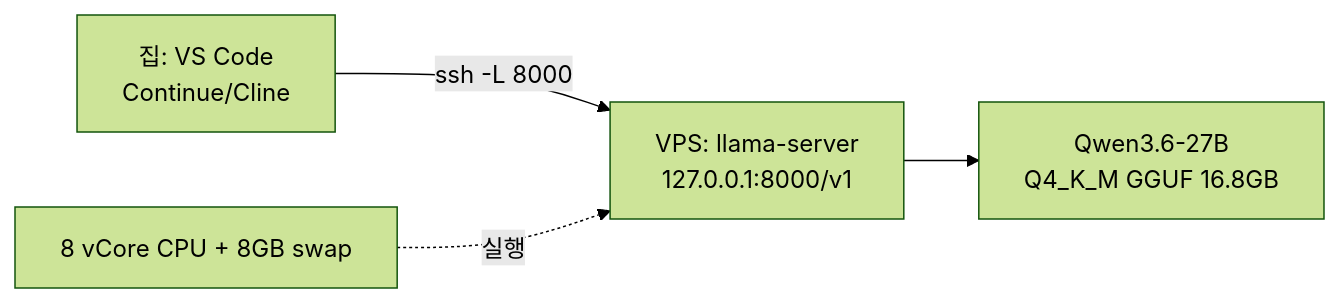
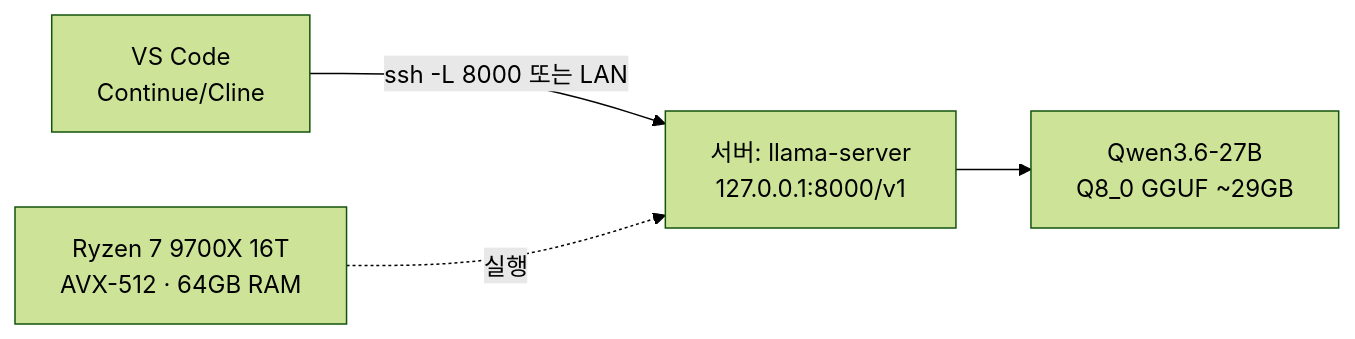
The diagram in README.md (jaywoo0830a/stemer), drawn with Mermaid (forest theme) before and after one commit. The commit also changed other lines of this file and 4 other files, not shown here.

````diff
--- a/README.md
+++ b/README.md
@@ -11,6 +12,6 @@
 ```mermaid
 graph LR
-    A[집: VS Code<br/>Continue/Cline] -->|ssh -L 8000| B[VPS: llama-server<br/>127.0.0.1:8000/v1]
-    B --> C[Qwen3.6-27B<br/>Q4_K_M GGUF 16.8GB]
-    D[8 vCore CPU + 8GB swap] -.실행.-> B
+    A[VS Code<br/>Continue/Cline] -->|ssh -L 8000 또는 LAN| B[서버: llama-server<br/>127.0.0.1:8000/v1]
+    B --> C[Qwen3.6-27B<br/>Q8_0 GGUF ~29GB]
+    D[Ryzen 7 9700X 16T<br/>AVX-512 · 64GB RAM] -.실행.-> B
 ```
````
